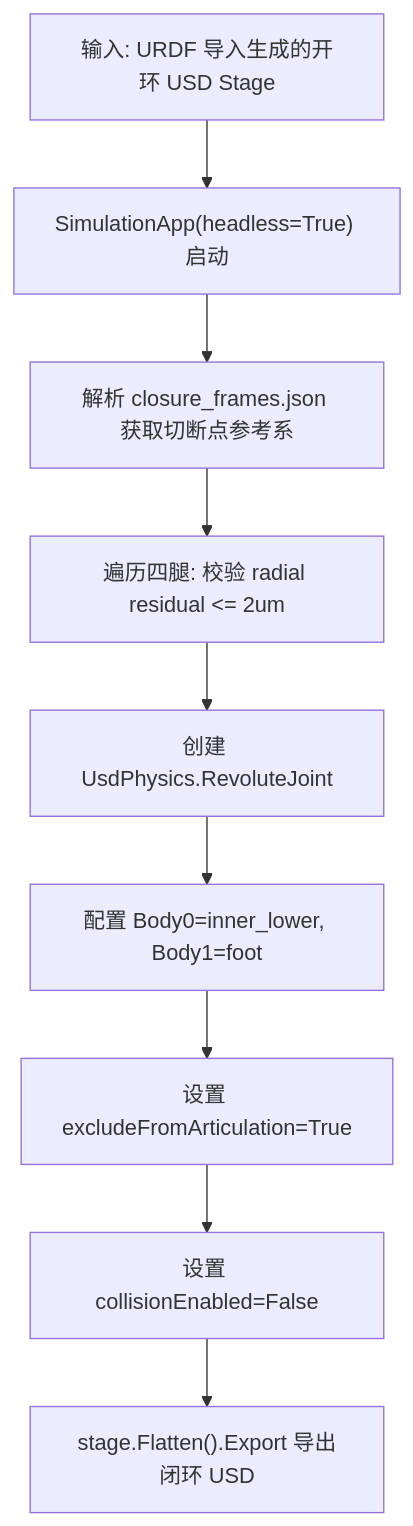
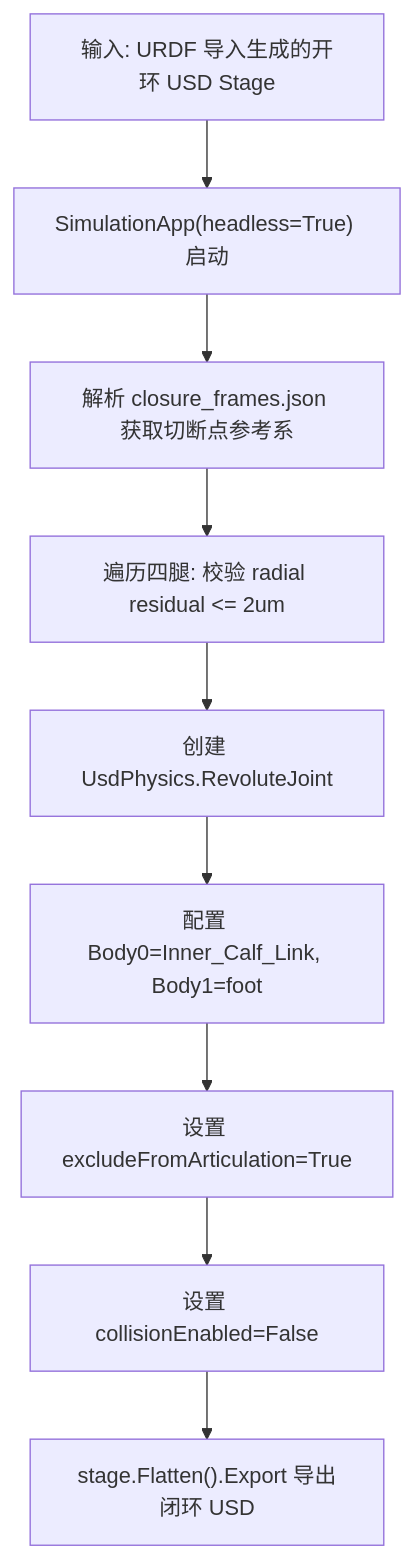
The diagram in docs/evidence/E-SIM-003-PhysX闭环副自动重构与USD后处理实现.md (Kytolly/wiki-tutorial-Isaac), drawn with Mermaid before and after one commit. The commit also changed other lines of this file and 133 other files, not shown here.

First line of the commit message:
refactor(wiki): finalize semantic cleanup, capability-oriented M3 gates, and freeze architecture

````diff
--- a/docs/evidence/E-SIM-003-PhysX闭环副自动重构与USD后处理实现.md
+++ b/docs/evidence/E-SIM-003-PhysX闭环副自动重构与USD后处理实现.md
@@ -33,11 +32,11 @@
 ```mermaid
 graph TD
     A["输入: URDF 导入生成的开环 USD Stage"] --> B["SimulationApp(headless=True) 启动"]
     B --> C["解析 closure_frames.json 获取切断点参考系"]
     C --> D["遍历四腿: 校验 radial residual <= 2um"]
     D --> E["创建 UsdPhysics.RevoluteJoint"]
-    E --> F["配置 Body0=inner_lower, Body1=foot"]
+    E --> F["配置 Body0=Inner_Calf_Link, Body1=foot"]
     F --> G["设置 excludeFromArticulation=True"]
     G --> H["设置 collisionEnabled=False"]
     H --> I["stage.Flatten().Export 导出闭环 USD"]
 ```
````
